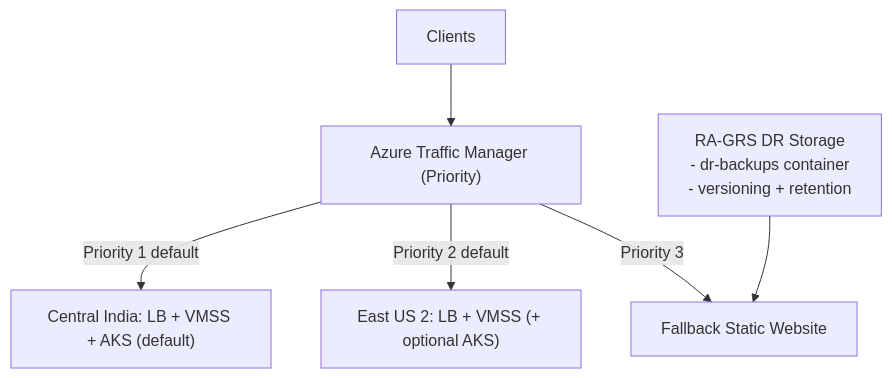
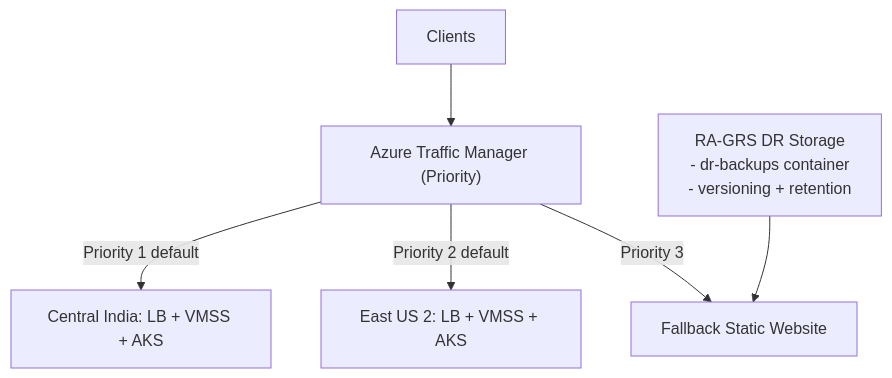
The diagram in terraform-azure-multi-region-ha/README.md (anjan-tummalapalli/terraform-azure-multi-region-ha), drawn with Mermaid before and after one commit. The commit also changed other lines of this file and 9 other files, not shown here.

````diff
--- a/terraform-azure-multi-region-ha/README.md
+++ b/terraform-azure-multi-region-ha/README.md
@@ -53,9 +53,9 @@
 ```mermaid
 flowchart TD
     C["Clients"] --> TM["Azure Traffic Manager (Priority)"]
-    TM -->|Priority 1 default| IN["Central India: LB + VMSS + AKS (default)"]
-    TM -->|Priority 2 default| US["East US 2: LB + VMSS (+ optional AKS)"]
+    TM -->|Priority 1 default| IN["Central India: LB + VMSS + AKS"]
+    TM -->|Priority 2 default| US["East US 2: LB + VMSS + AKS"]
     TM -->|Priority 3| FB["Fallback Static Website"]
 
     DR["RA-GRS DR Storage\n- dr-backups container\n- versioning + retention"] --> FB
 ```
````
